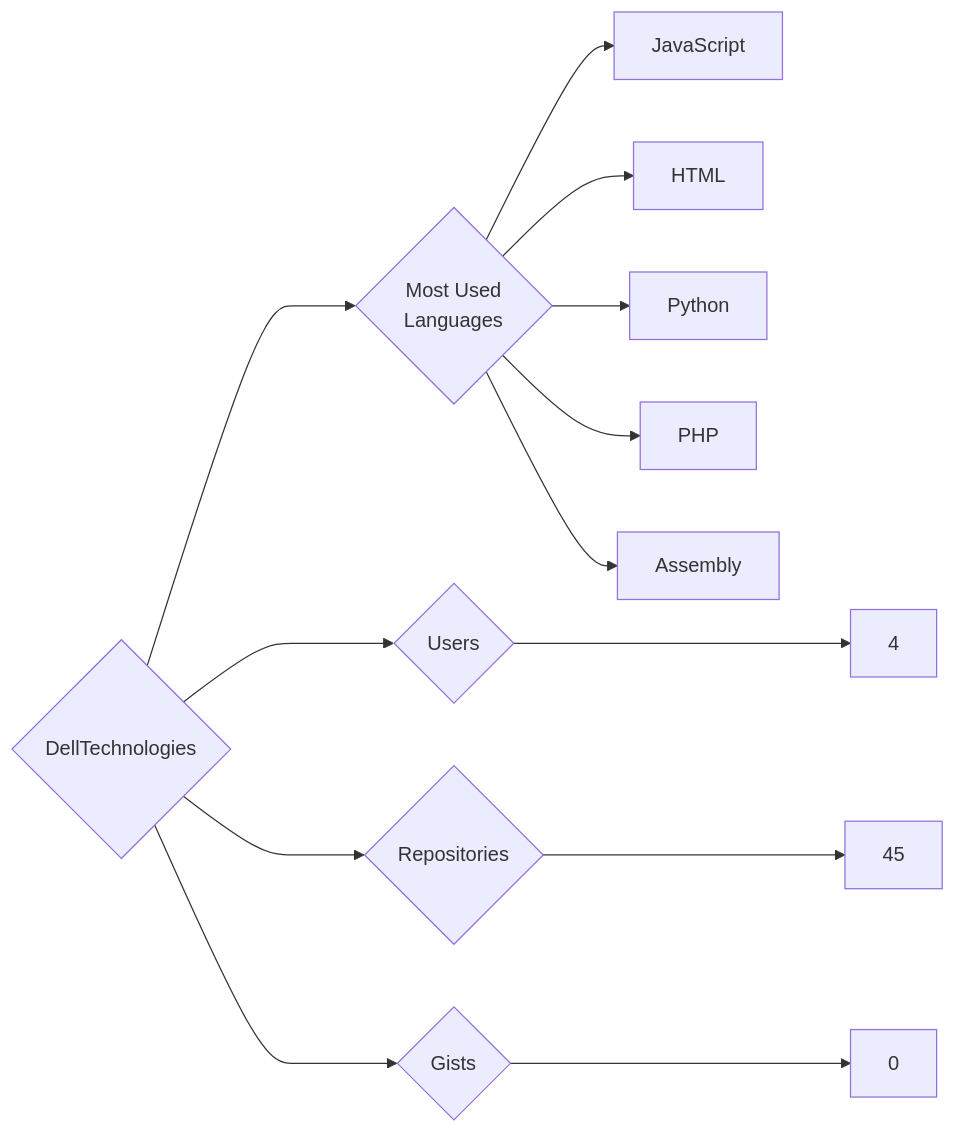
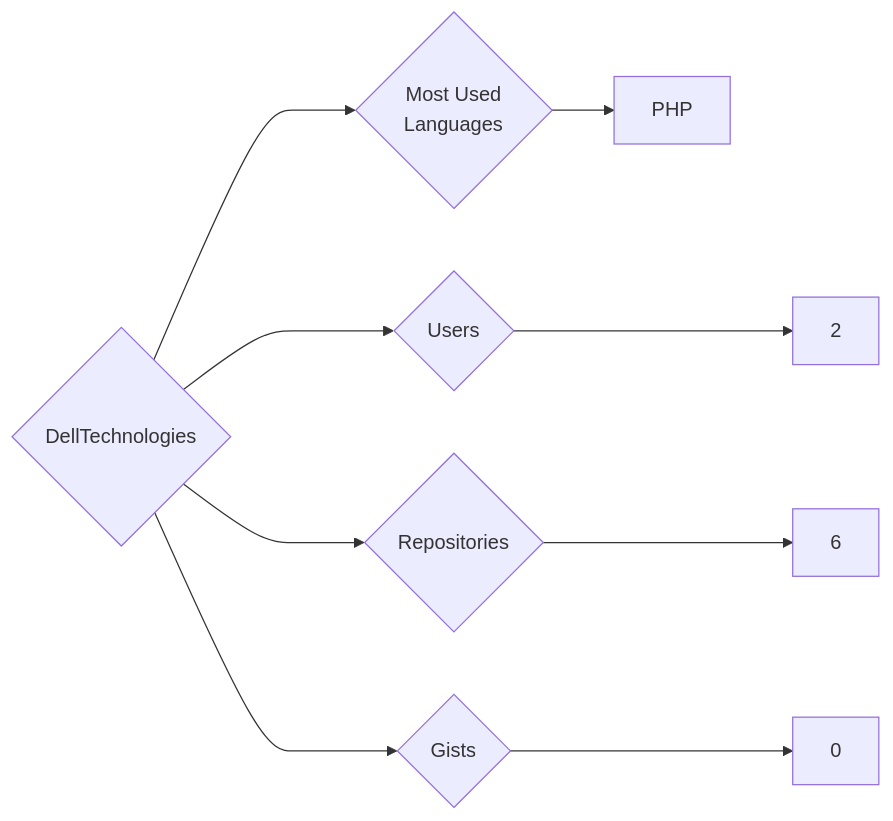
One commit to trickest/insiders changed the diagram in targets/DellTechnologies/README.md. Above: the diagram before and after it, drawn with Mermaid. The commit also changed 1195 other files, not shown here.

````diff
--- a/targets/DellTechnologies/README.md
+++ b/targets/DellTechnologies/README.md
@@ -3,13 +3,9 @@
 ```mermaid
 graph LR
 COMPANY_NAME{DellTechnologies}
-COMPANY_NAME ---> U{Users} ---> UN[4]
-COMPANY_NAME ---> R{Repositories} ---> RN[45]
+COMPANY_NAME ---> U{Users} ---> UN[2]
+COMPANY_NAME ---> R{Repositories} ---> RN[6]
 COMPANY_NAME ---> G{Gists} ---> GN[0]
 COMPANY_NAME ---> ML{Most Used<br>Languages}
-ML --> JavaScript[JavaScript]
-ML --> HTML[HTML]
-ML --> Python[Python]
 ML --> PHP[PHP]
-ML --> Assembly[Assembly]
 ```
````
